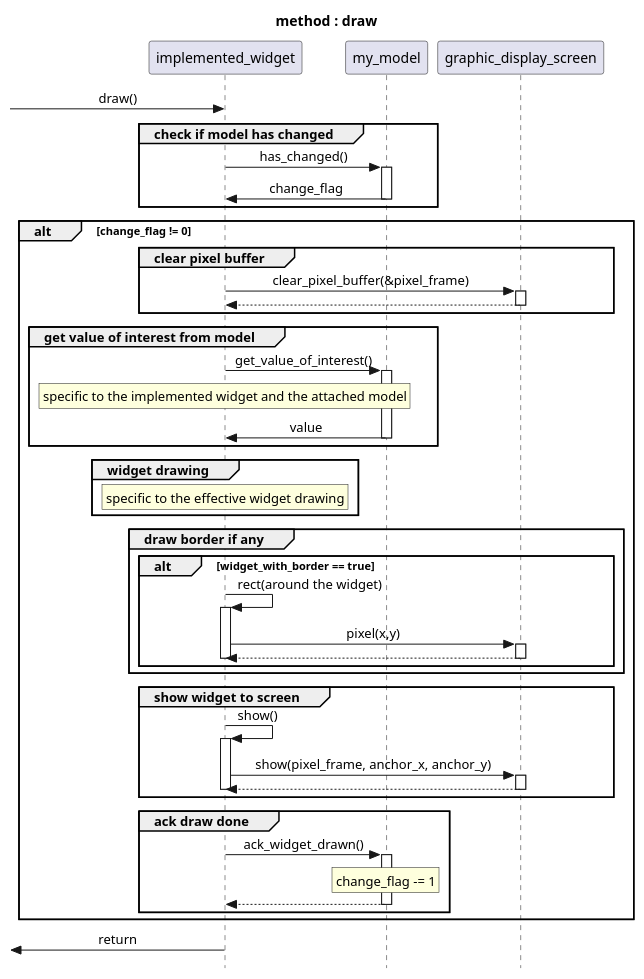
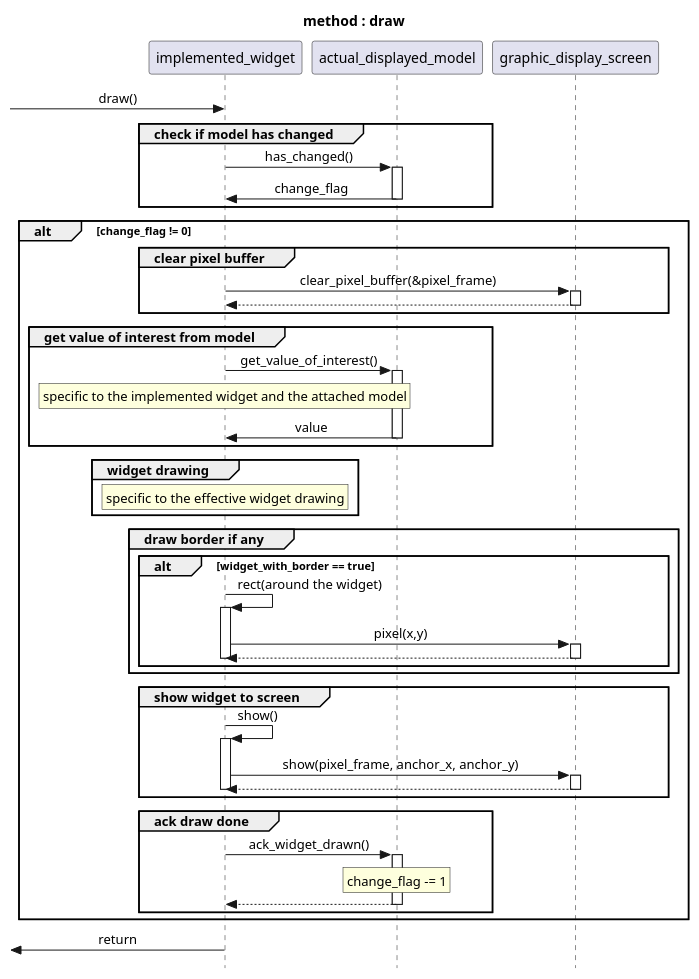
The diagram in docs/uml/draw_if_changed_scenario.puml (xiansnn/CPP_DevKit2), drawn with PlantUML before and after one commit. The commit also changed 2 other files, not shown here.

Commit message:
update uml

```diff
--- a/docs/uml/draw_if_changed_scenario.puml
+++ b/docs/uml/draw_if_changed_scenario.puml
@@ -1,48 +1,48 @@
 @startuml draw
 title method : draw
 skinparam style strictuml
 skinparam SequenceMessageAlignment center
 [-> implemented_widget : draw()
 group check if model has changed
-my_model <- implemented_widget ++: has_changed()
-my_model -> implemented_widget --: change_flag
+actual_displayed_model <- implemented_widget ++: has_changed()
+actual_displayed_model -> implemented_widget --: change_flag
 end
 alt change_flag != 0
 
 group clear pixel buffer
 implemented_widget -> graphic_display_screen ++: clear_pixel_buffer(&pixel_frame)
 return
 end
 group get value of interest from model
-my_model <- implemented_widget ++: get_value_of_interest()
+actual_displayed_model <- implemented_widget ++: get_value_of_interest()
 rnote over implemented_widget : specific to the implemented widget and the attached model
-my_model -> implemented_widget --: value
+actual_displayed_model -> implemented_widget --: value
 end
 group widget drawing
 rnote over implemented_widget : specific to the effective widget drawing
 end
 
 group draw border if any
 alt widget_with_border == true
 implemented_widget -> implemented_widget ++: rect(around the widget)
 implemented_widget -> graphic_display_screen ++: pixel(x,y)
 return
 deactivate implemented_widget
 end
 end
 group show widget to screen
 implemented_widget-> implemented_widget ++ : show()
 implemented_widget -> graphic_display_screen ++: show(pixel_frame, anchor_x, anchor_y)
 return
 deactivate implemented_widget
 end
 
 group ack draw done 
-implemented_widget -> my_model ++: ack_widget_drawn()
-rnote over my_model : change_flag -= 1
+implemented_widget -> actual_displayed_model ++: ack_widget_drawn()
+rnote over actual_displayed_model : change_flag -= 1
 return
 end
 
 end
 [<- implemented_widget: return
 @enduml
```
